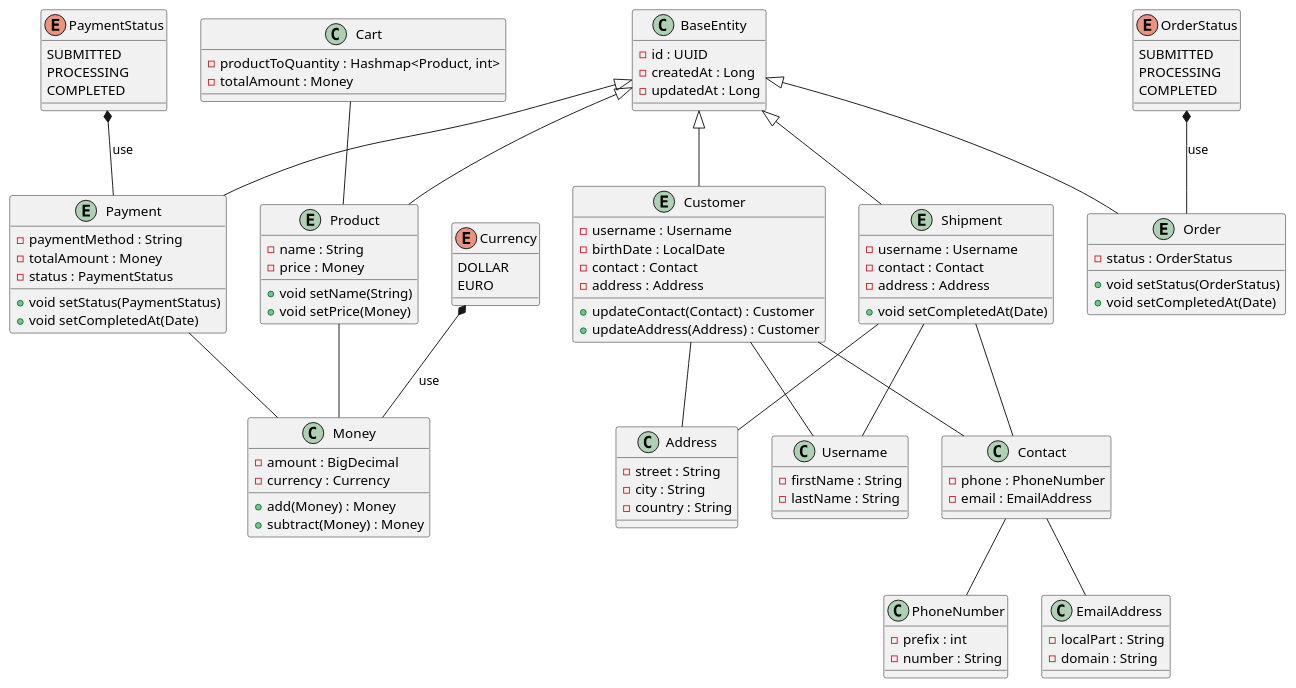
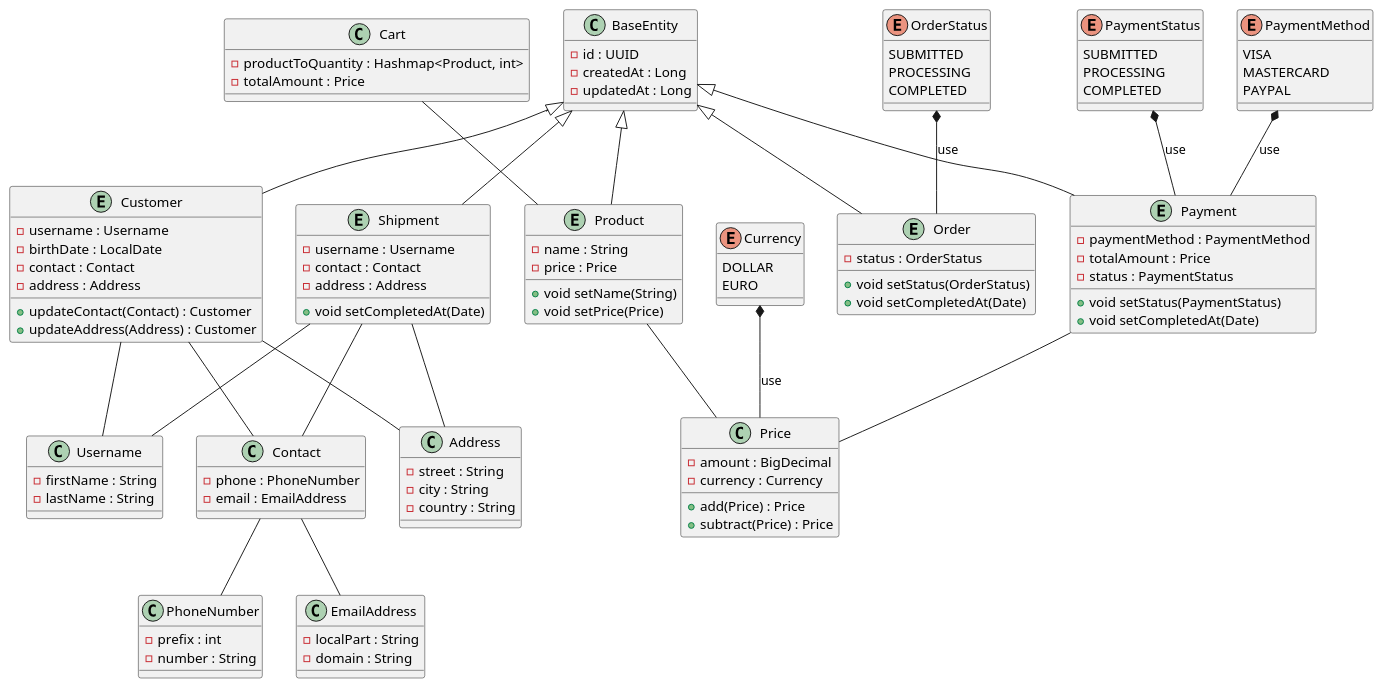
Before and after one commit to kagokla/lexailec-store: the diagram in doc/domain_model_diagram.puml, drawn with PlantUML.

Commit message:
Replace Money by Price

```diff
--- a/doc/domain_model_diagram.puml
+++ b/doc/domain_model_diagram.puml
@@ -1,119 +1,126 @@
 @startuml
 'https://plantuml.com/class-diagram
 
 
 class BaseEntity {
 - id : UUID
 - createdAt : Long
 - updatedAt : Long
 }
 
 class PhoneNumber {
 - prefix : int
 - number : String
 }
 
 class EmailAddress {
 - localPart : String
 - domain : String
 }
 
 class Contact {
 - phone : PhoneNumber
 - email : EmailAddress
 }
 
 class Address {
 - street : String
 - city : String
 - country : String
 }
 
 class Username {
 - firstName : String
 - lastName : String
 }
 
 entity Customer extends BaseEntity {
 - username : Username
 - birthDate : LocalDate
 - contact : Contact
 - address : Address
 + updateContact(Contact) : Customer
 + updateAddress(Address) : Customer
 }
 
 enum Currency {
 DOLLAR
 EURO
 }
 
-class Money {
+class Price {
 - amount : BigDecimal
 - currency : Currency
-+ add(Money) : Money
-+ subtract(Money) : Money
++ add(Price) : Price
++ subtract(Price) : Price
 }
 
 entity Product extends BaseEntity {
 - name : String
-- price : Money
+- price : Price
 + void setName(String)
-+ void setPrice(Money)
++ void setPrice(Price)
 }
 
 enum PaymentStatus {
 SUBMITTED
 PROCESSING
 COMPLETED
 }
 
+enum PaymentMethod {
+VISA
+MASTERCARD
+PAYPAL
+}
+
 entity Payment extends BaseEntity {
-- paymentMethod : String
-- totalAmount : Money
+- paymentMethod : PaymentMethod
+- totalAmount : Price
 - status : PaymentStatus
 + void setStatus(PaymentStatus)
 + void setCompletedAt(Date)
 }
 
 
 entity Shipment extends BaseEntity {
 - username : Username
 - contact : Contact
 - address : Address
 + void setCompletedAt(Date)
 }
 
 class Cart {
 - productToQuantity : Hashmap<Product, int>
-- totalAmount : Money
+- totalAmount : Price
 }
 
 enum OrderStatus {
 SUBMITTED
 PROCESSING
 COMPLETED
 }
 
 entity Order extends BaseEntity {
 - status : OrderStatus
 + void setStatus(OrderStatus)
 + void setCompletedAt(Date)
 }
 
 Cart -- Product
-Payment -- Money
-Product -- Money
-Currency *-- Money : use
+Payment -- Price
+Product -- Price
+Currency *-- Price : use
 OrderStatus *-- Order : use
 PaymentStatus *-- Payment : use
+PaymentMethod *-- Payment : use
 Contact -- PhoneNumber
 Contact -- EmailAddress
 Customer -- Contact
 Customer -- Username
 Customer -- Address
 Shipment -- Contact
 Shipment -- Username
 Shipment -- Address
 
 @enduml
```
